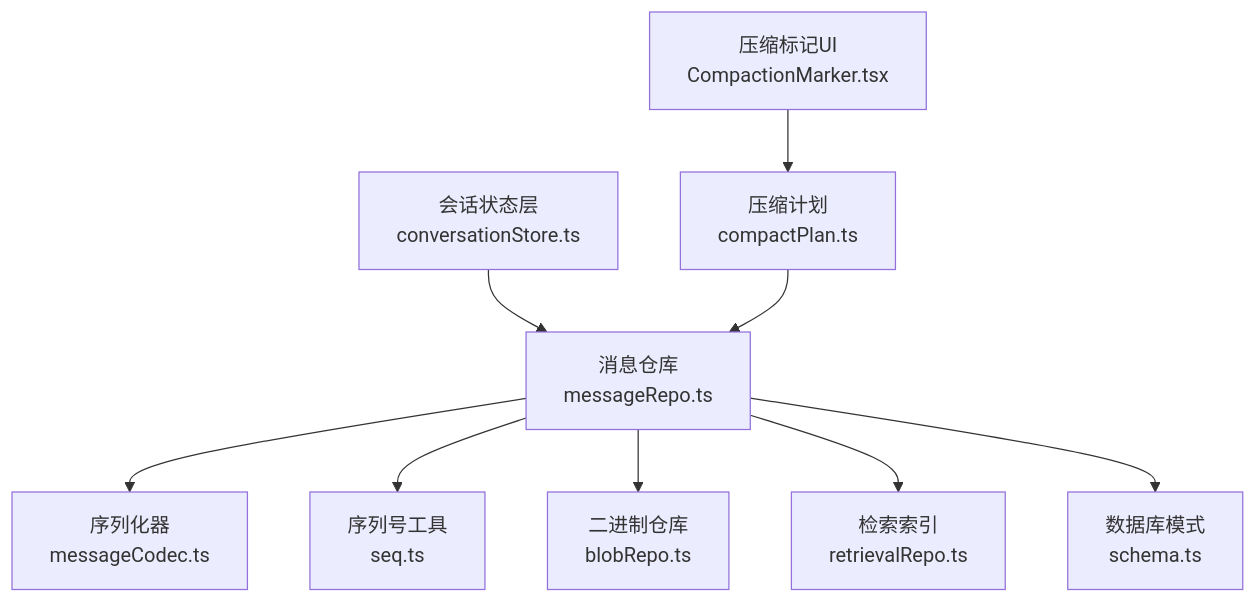
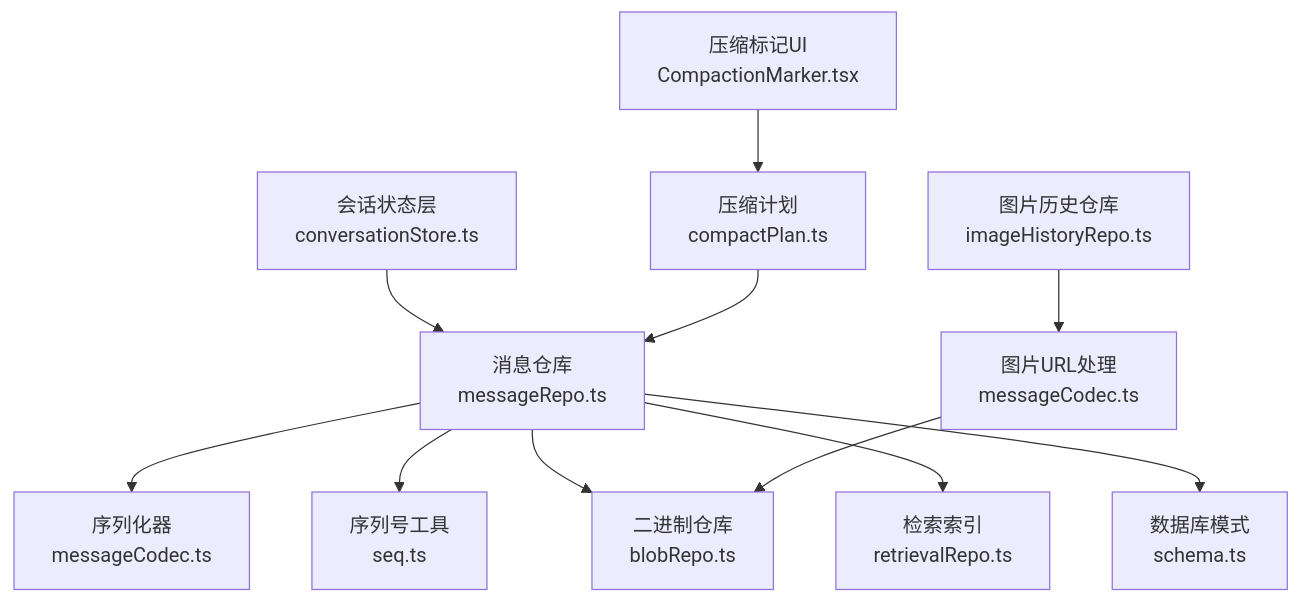
Before and after one commit to billye220670/AIShop: the first of 11 diagrams in .qoder/repowiki/zh/content/数据持久化/数据库层/消息仓库.md, drawn with Mermaid. The commit also changed other lines of this file and 40 other files, not shown here.

````diff
--- a/.qoder/repowiki/zh/content/数据持久化/数据库层/消息仓库.md
+++ b/.qoder/repowiki/zh/content/数据持久化/数据库层/消息仓库.md
@@ -39,11 +48,13 @@
 ```mermaid
 graph TB
 A["消息仓库<br/>messageRepo.ts"] --> B["序列化器<br/>messageCodec.ts"]
 A --> C["序列号工具<br/>seq.ts"]
 A --> D["二进制仓库<br/>blobRepo.ts"]
 A --> E["检索索引<br/>retrievalRepo.ts"]
 A --> F["数据库模式<br/>schema.ts"]
 G["会话状态层<br/>conversationStore.ts"] --> A
 H["压缩标记UI<br/>CompactionMarker.tsx"] --> I["压缩计划<br/>compactPlan.ts"]
 I --> A
+J["图片历史仓库<br/>imageHistoryRepo.ts"] --> K["图片URL处理<br/>messageCodec.ts"]
+K --> D
 ```
````
